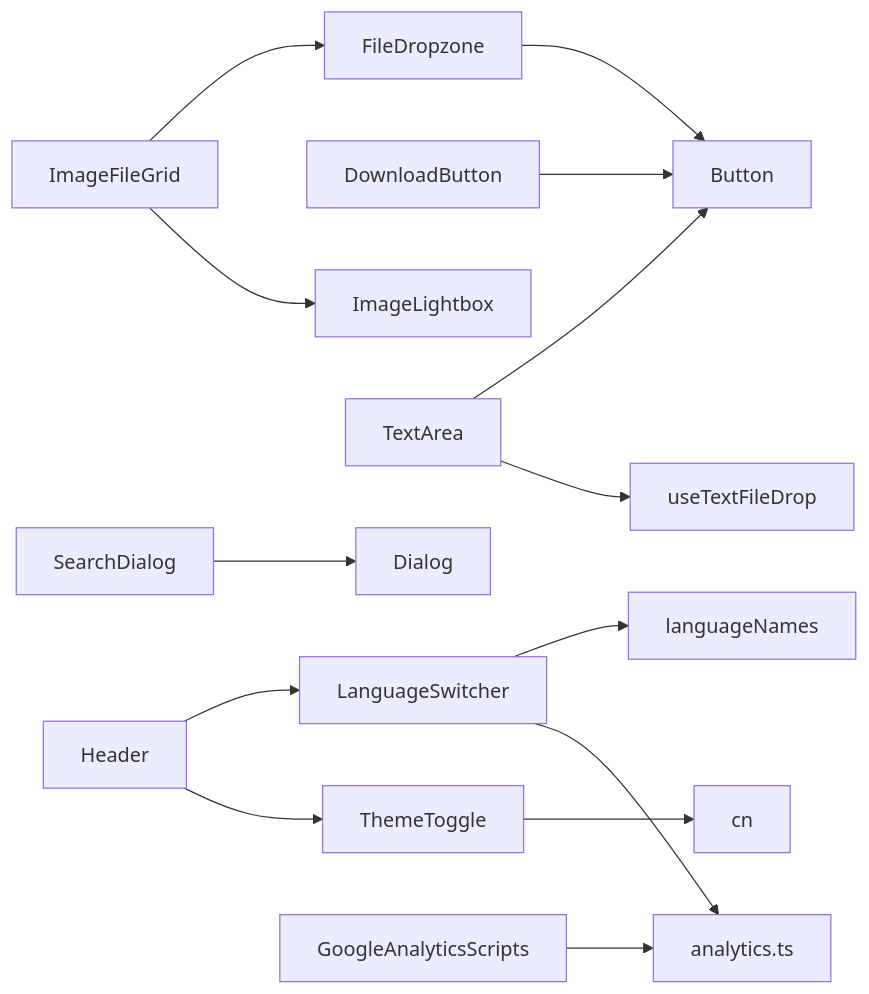
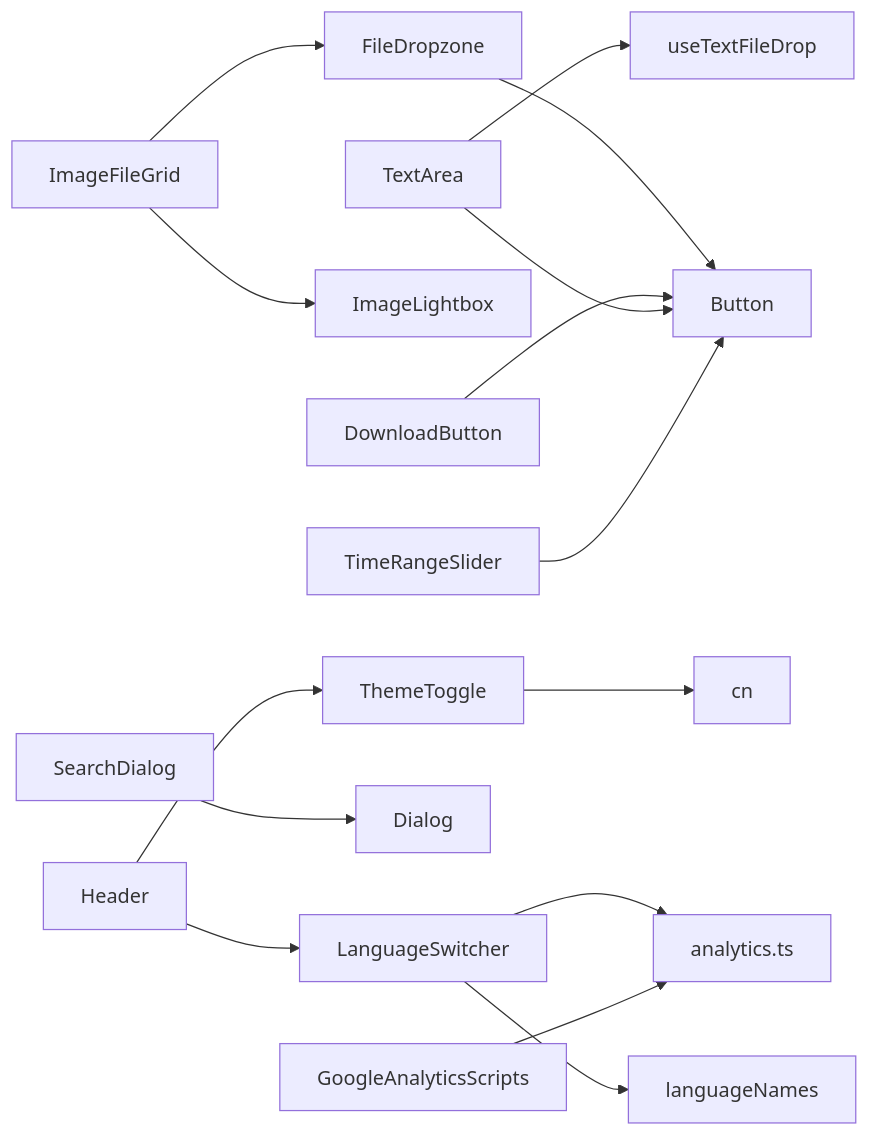
One commit to sgyy/privadeck changed the sixth of 6 diagrams in .qoder/repowiki/zh/content/UI组件系统/共享组件.md. Above: the diagram before and after it, drawn with Mermaid. The commit also changed other lines of this file and 3 other files, not shown here.

````diff
--- a/.qoder/repowiki/zh/content/UI组件系统/共享组件.md
+++ b/.qoder/repowiki/zh/content/UI组件系统/共享组件.md
@@ -694,16 +777,17 @@
 ```mermaid
 graph LR
 FDZ["FileDropzone"] --> BTN["Button"]
 DLB["DownloadButton"] --> BTN
 IFG["ImageFileGrid"] --> FDZ
 IFG --> ILB["ImageLightbox"]
 TA["TextArea"] --> BTN
 TA --> UTEXT["useTextFileDrop"]
 TT["ThemeToggle"] --> CN["cn"]
 LS["LanguageSwitcher"] --> LANGNAMES["languageNames"]
 LS --> ANALYTICS["analytics.ts"]
 SD["SearchDialog"] --> DLG["Dialog"]
 HDR["Header"] --> LS
 HDR --> TT
 GAS["GoogleAnalyticsScripts"] --> ANALYTICS
+TRS["TimeRangeSlider"] --> BTN
 ```
````
